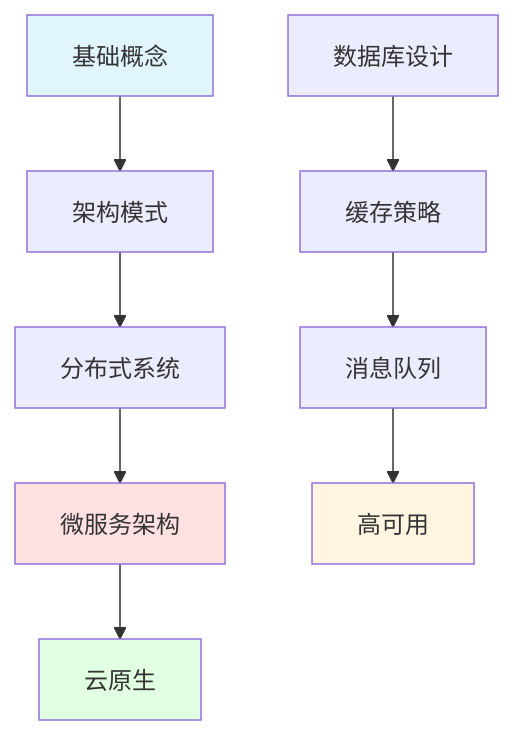
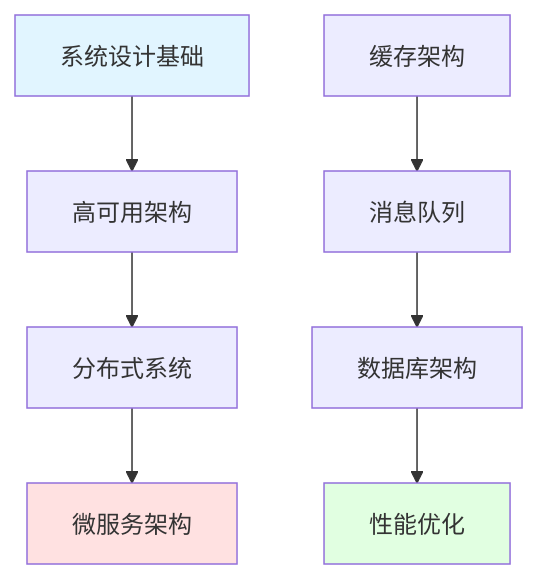
One commit to Weuqiang/weuqiangcreate_website changed the diagram in docs/docs/系统设计/index.mdx. Above: the diagram before and after it, drawn with Mermaid. The commit also changed other lines of this file, not shown here.

````diff
--- a/docs/docs/系统设计/index.mdx
+++ b/docs/docs/系统设计/index.mdx
@@ -14,16 +14,14 @@
 ```mermaid
 graph TB
-    A[基础概念] --> B[架构模式]
+    A[系统设计基础] --> B[高可用架构]
     B --> C[分布式系统]
     C --> D[微服务架构]
-    D --> E[云原生]
     
-    F[数据库设计] --> G[缓存策略]
-    G --> H[消息队列]
-    H --> I[高可用]
+    E[缓存架构] --> F[消息队列]
+    F --> G[数据库架构]
+    G --> H[性能优化]
     
     style A fill:#e1f5ff
     style D fill:#ffe1e1
-    style E fill:#e1ffe1
-    style I fill:#fff5e1
+    style H fill:#e1ffe1
 ```
````
